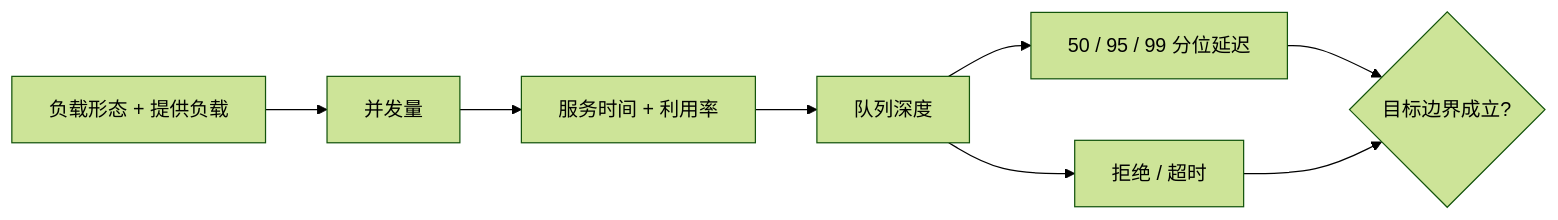
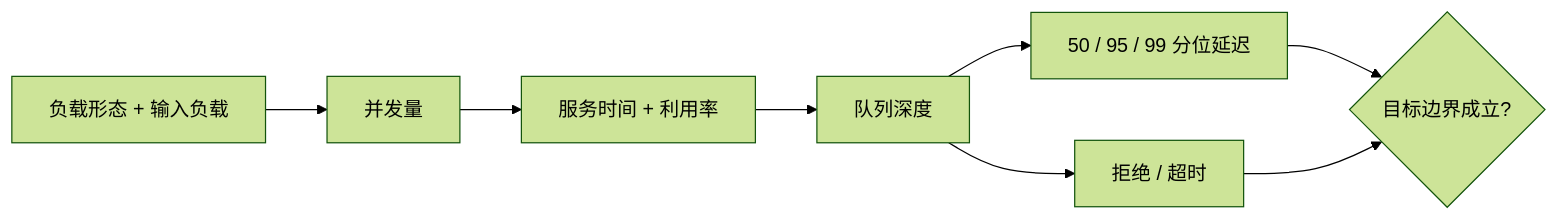
One commit to sealday/tego-arch changed the diagram in content/quality-attributes/qa-03-performance-latency-throughput-capacity.mdx. Above: the diagram before and after it, drawn with Mermaid (forest theme). The commit also changed other lines of this file and 23 other files, not shown here.

````diff
--- a/content/quality-attributes/qa-03-performance-latency-throughput-capacity.mdx
+++ b/content/quality-attributes/qa-03-performance-latency-throughput-capacity.mdx
@@ -100,10 +100,10 @@
 ```mermaid
 flowchart LR
-  W[负载形态 + 提供负载] --> C[并发量]
+  W[负载形态 + 输入负载] --> C[并发量]
   C --> S[服务时间 + 利用率]
   S --> Q[队列深度]
   Q --> L[50 / 95 / 99 分位延迟]
   Q --> R[拒绝 / 超时]
   L --> B{目标边界成立?}
   R --> B
 ```
````
